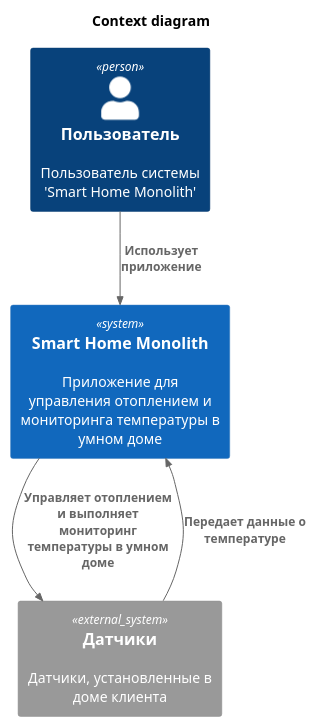
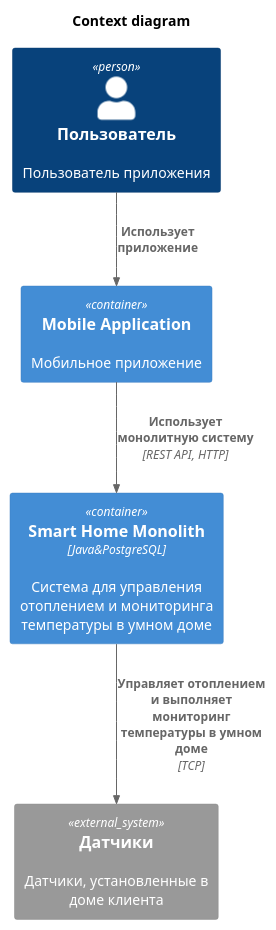
The diagram in docs/task1/Context.puml (MarieSpring/architecture-sprint-3), drawn with PlantUML before and after one commit.

Commit message:
fix after review

```diff
--- a/docs/task1/Context.puml
+++ b/docs/task1/Context.puml
@@ -1,15 +1,18 @@
 @startuml c1
 !include https://raw.githubusercontent.com/plantuml-stdlib/C4-PlantUML/master/C4_Context.puml
+!include https://raw.githubusercontent.com/plantuml-stdlib/C4-PlantUML/master/C4_Container.puml
 
 title Context diagram
 
-Person(user, "Пользователь", "Пользователь системы 'Smart Home Monolith'")
-System(system, "Smart Home Monolith", "Приложение для управления отоплением и мониторинга температуры в умном доме")
-System_Ext(modules, "Датчики", "Датчики, установленные в доме клиента")
+Person(User, "Пользователь", "Пользователь приложения")
 
+Container(MobileApplication, "Mobile Application", , "Мобильное приложение")
+Container(System, "Smart Home Monolith", "Java&PostgreSQL", "Система для управления отоплением и мониторинга температуры в умном доме")
 
-Rel(user, system, "Использует приложение")
-Rel(system, modules, "Управляет отоплением и выполняет мониторинг температуры в умном доме")
-Rel(modules, system, "Передает данные о температуре")
+System_Ext(Modules, "Датчики", "Датчики, установленные в доме клиента")
+
+Rel(User, MobileApplication, "Использует приложение")
+Rel(MobileApplication, System, "Использует монолитную систему", "REST API, HTTP")
+Rel(System, Modules, "Управляет отоплением и выполняет мониторинг температуры в умном доме", "TCP")
 
 @enduml
```
